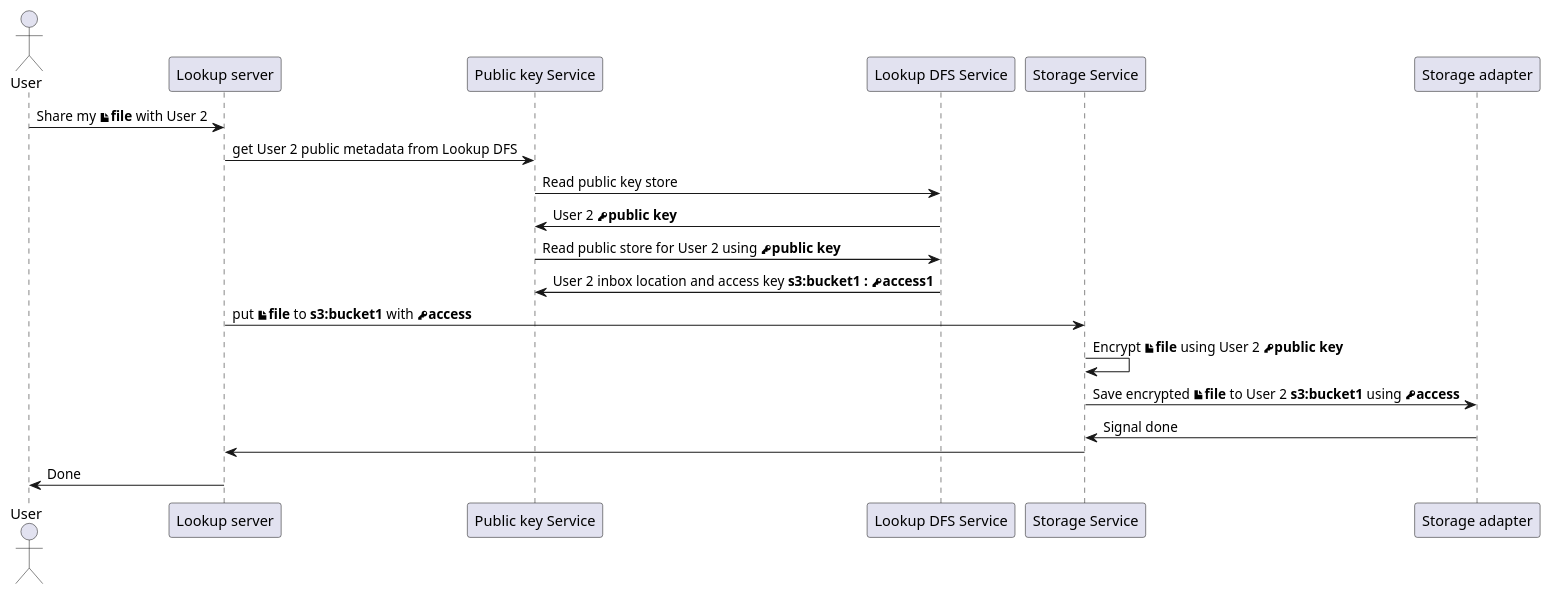
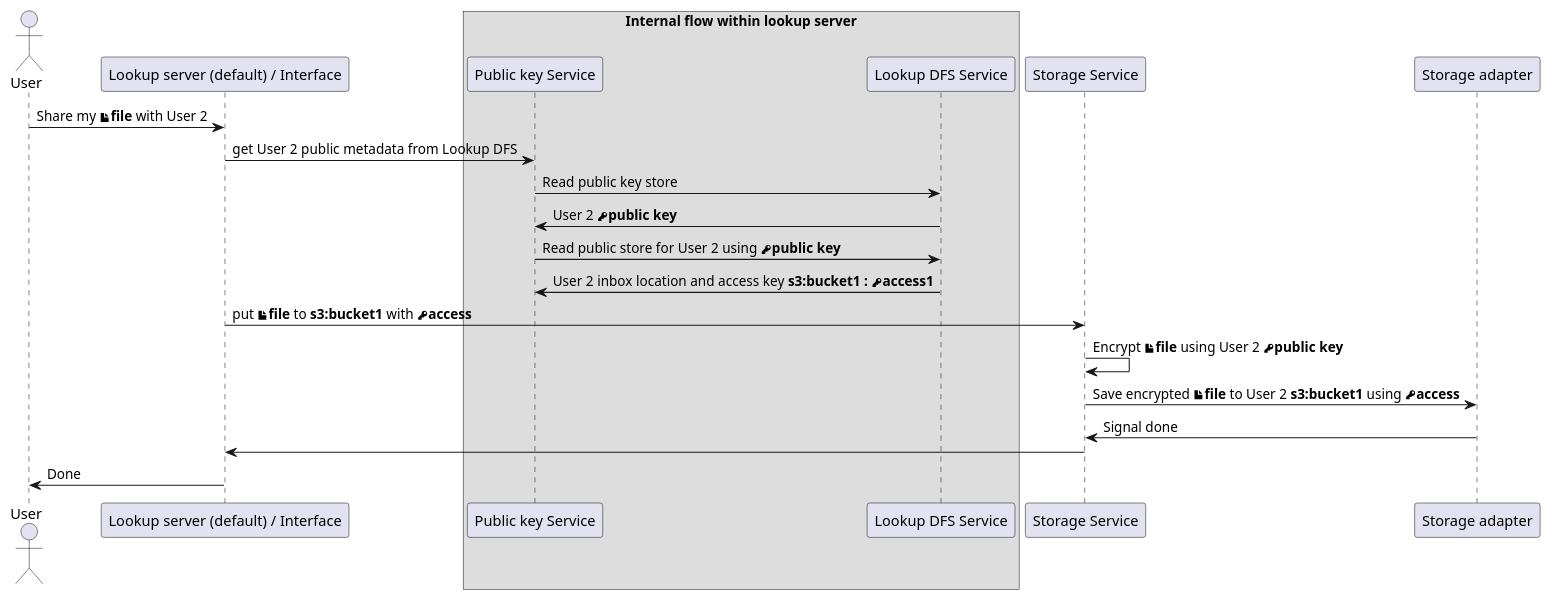
One commit to valb3r/docusafe changed the diagram in diagrams/sequence_inbox.puml. Above: the diagram before and after it, drawn with PlantUML. The commit also changed 2 other files, not shown here.

Commit message:
Explicitly show internals of lookup server

```diff
--- a/diagrams/sequence_inbox.puml
+++ b/diagrams/sequence_inbox.puml
@@ -1,15 +1,17 @@
 @startuml
 actor User
-User->"Lookup server" as ls : Share my **<&file>file** with User 2
+User->"Lookup server (default) / Interface" as ls : Share my **<&file>file** with User 2
+box "Internal flow within lookup server"
 ls->"Public key Service" as lss : get User 2 public metadata from Lookup DFS
 lss->"Lookup DFS Service" as DFS : Read public key store
+end box
 DFS->lss : User 2 **<&key>public key**
 lss->DFS : Read public store for User 2 using **<&key>public key**
 DFS->lss : User 2 inbox location and access key **s3:bucket1 : <&key>access1**
 ls->"Storage Service" as ss : put **<&file>file** to **s3:bucket1** with **<&key>access**
 ss->ss : Encrypt **<&file>file** using User 2 **<&key>public key**
 ss->"Storage adapter" as sa : Save encrypted **<&file>file** to User 2 **s3:bucket1** using **<&key>access**
 sa->ss : Signal done
 ss->ls
 ls->User : Done
 @enduml
```
